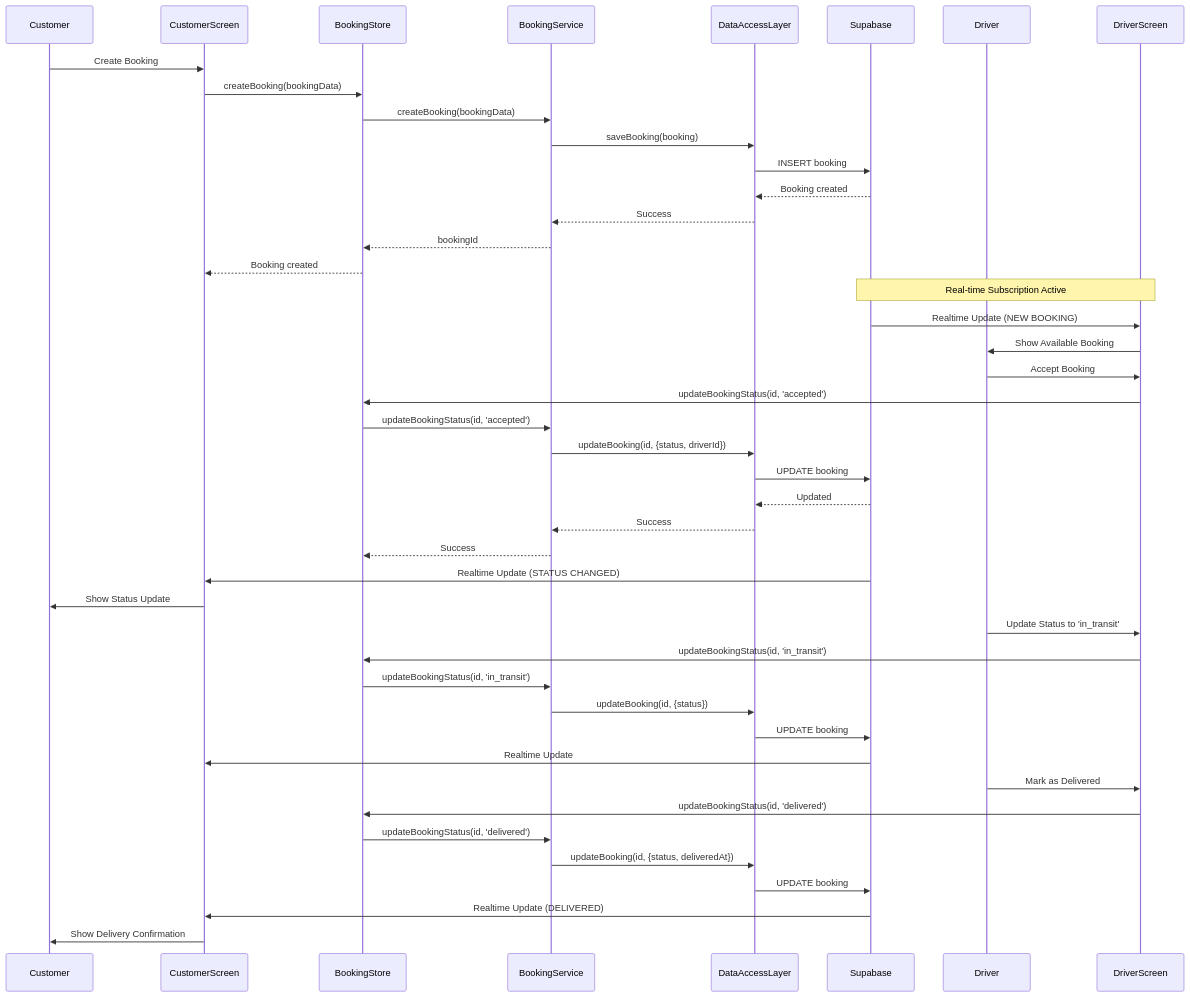
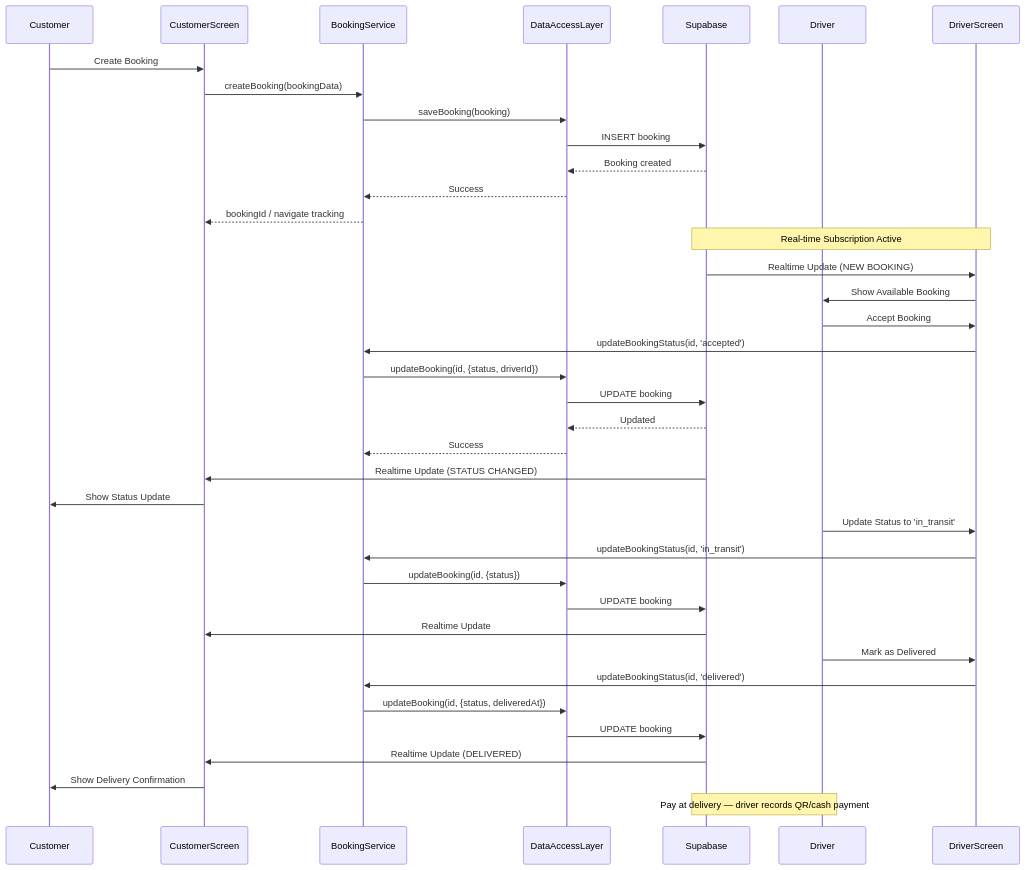
Before and after one commit to ShubhamRRana/water-customer-app: the third of 5 diagrams in README.md, drawn with Mermaid. The commit also changed other lines of this file, not shown here.

````diff
--- a/README.md
+++ b/README.md
@@ -315,52 +330,47 @@
 ```mermaid
 sequenceDiagram
     participant C as Customer
     participant CS as CustomerScreen
-    participant BS as BookingStore
     participant BKS as BookingService
     participant DAL as DataAccessLayer
     participant DB as Supabase
     participant D as Driver
     participant DS as DriverScreen
     
     C->>CS: Create Booking
-    CS->>BS: createBooking(bookingData)
-    BS->>BKS: createBooking(bookingData)
+    CS->>BKS: createBooking(bookingData)
     BKS->>DAL: saveBooking(booking)
     DAL->>DB: INSERT booking
     DB-->>DAL: Booking created
     DAL-->>BKS: Success
-    BKS-->>BS: bookingId
-    BS-->>CS: Booking created
+    BKS-->>CS: bookingId / navigate tracking
     
     Note over DB,DS: Real-time Subscription Active
     
     DB->>DS: Realtime Update (NEW BOOKING)
     DS->>D: Show Available Booking
     D->>DS: Accept Booking
-    DS->>BS: updateBookingStatus(id, 'accepted')
-    BS->>BKS: updateBookingStatus(id, 'accepted')
+    DS->>BKS: updateBookingStatus(id, 'accepted')
     BKS->>DAL: updateBooking(id, {status, driverId})
     DAL->>DB: UPDATE booking
     DB-->>DAL: Updated
     DAL-->>BKS: Success
-    BKS-->>BS: Success
     
     DB->>CS: Realtime Update (STATUS CHANGED)
     CS->>C: Show Status Update
     
     D->>DS: Update Status to 'in_transit'
-    DS->>BS: updateBookingStatus(id, 'in_transit')
-    BS->>BKS: updateBookingStatus(id, 'in_transit')
+    DS->>BKS: updateBookingStatus(id, 'in_transit')
     BKS->>DAL: updateBooking(id, {status})
     DAL->>DB: UPDATE booking
     DB->>CS: Realtime Update
     
     D->>DS: Mark as Delivered
-    DS->>BS: updateBookingStatus(id, 'delivered')
-    BS->>BKS: updateBookingStatus(id, 'delivered')
+    DS->>BKS: updateBookingStatus(id, 'delivered')
     BKS->>DAL: updateBooking(id, {status, deliveredAt})
     DAL->>DB: UPDATE booking
     DB->>CS: Realtime Update (DELIVERED)
     CS->>C: Show Delivery Confirmation
+    
+    Note over D,DB: Pay at delivery — driver records QR/cash payment
 ```
````
